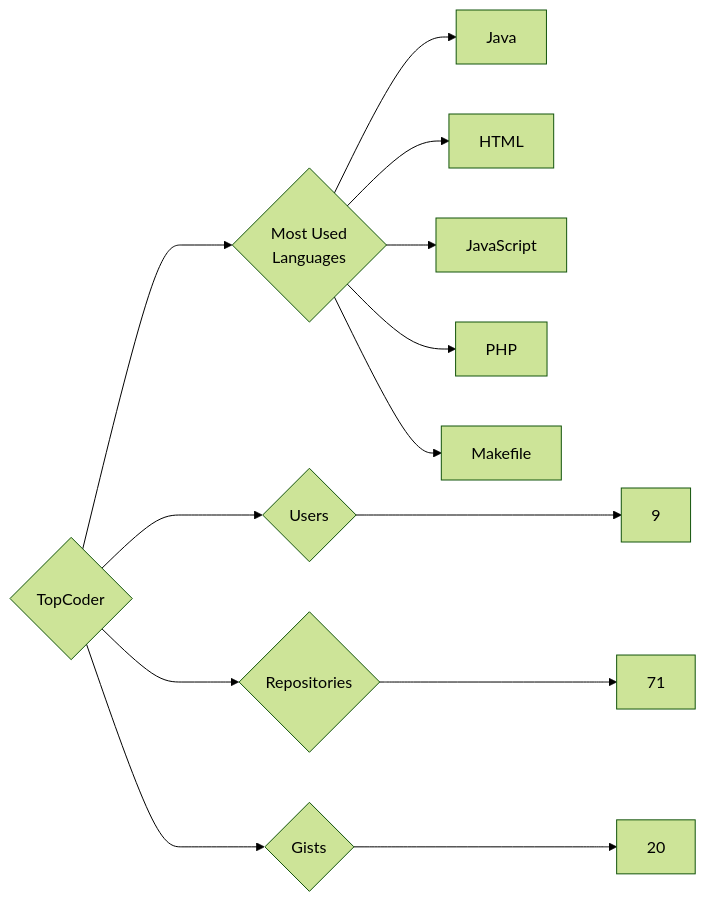
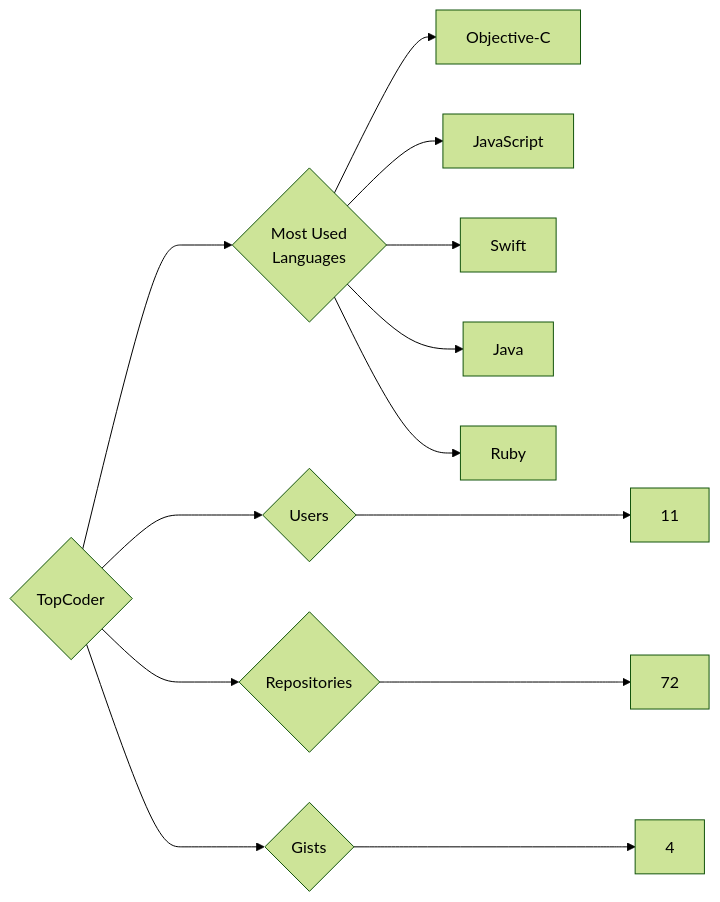
Before and after one commit to trickest/insiders: the diagram in targets/TopCoder/README.md, drawn with Mermaid (forest theme). The commit also changed 597 other files, not shown here.

````diff
--- a/targets/TopCoder/README.md
+++ b/targets/TopCoder/README.md
@@ -3,13 +3,13 @@
 ```mermaid
 graph LR
 COMPANY_NAME{TopCoder}
-COMPANY_NAME ---> U{Users} ---> UN[9]
-COMPANY_NAME ---> R{Repositories} ---> RN[71]
-COMPANY_NAME ---> G{Gists} ---> GN[20]
+COMPANY_NAME ---> U{Users} ---> UN[11]
+COMPANY_NAME ---> R{Repositories} ---> RN[72]
+COMPANY_NAME ---> G{Gists} ---> GN[4]
 COMPANY_NAME ---> ML{Most Used<br>Languages}
+ML --> Objective-C[Objective-C]
+ML --> JavaScript[JavaScript]
+ML --> Swift[Swift]
 ML --> Java[Java]
-ML --> HTML[HTML]
-ML --> JavaScript[JavaScript]
-ML --> PHP[PHP]
-ML --> Makefile[Makefile]
+ML --> Ruby[Ruby]
 ```
````
